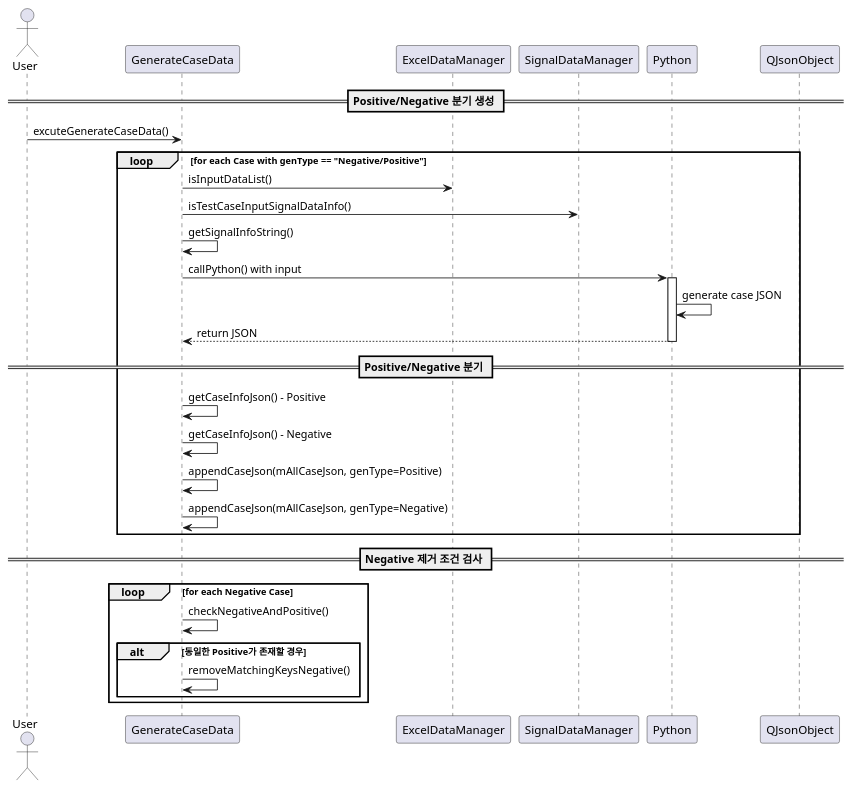
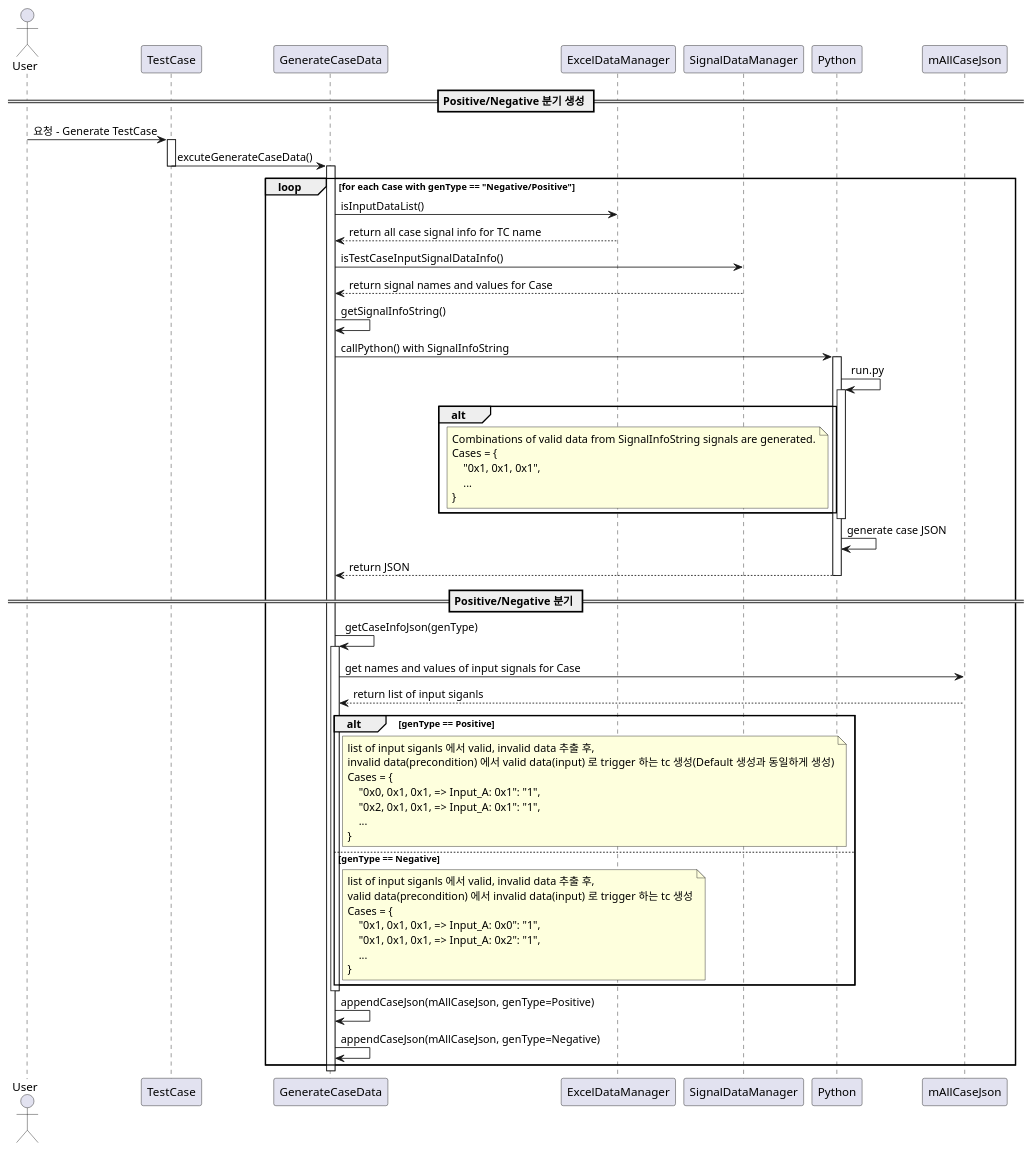
The diagram in Diagram/024_GenerateCaseData/SequenceDiagram3_PositiveNegativeCaseGeneration.plantuml (rlarudgh1997/Application), drawn with PlantUML before and after one commit. The commit also changed 13 other files, not shown here.

```diff
--- a/Diagram/024_GenerateCaseData/SequenceDiagram3_PositiveNegativeCaseGeneration.plantuml
+++ b/Diagram/024_GenerateCaseData/SequenceDiagram3_PositiveNegativeCaseGeneration.plantuml
@@ -1,45 +1,77 @@
 @startuml
 
 actor User order 10
-
+participant TestCase order 15
 participant GenerateCaseData order 20
 participant ExcelDataManager order 30
 participant SignalDataManager order 40
 participant Python order 50
-participant QJsonObject order 60
+participant "mAllCaseJson" as QJsonObject order 60
 
 == Positive/Negative 분기 생성 ==
+User -> TestCase : 요청 - Generate TestCase
 
-User -> GenerateCaseData : excuteGenerateCaseData()
-
+activate TestCase
+TestCase -> GenerateCaseData : excuteGenerateCaseData()
+deactivate TestCase
+activate GenerateCaseData
 loop for each Case with genType == "Negative/Positive"
     GenerateCaseData -> ExcelDataManager : isInputDataList()
-
+    ExcelDataManager --> GenerateCaseData : return all case signal info for TC name
     GenerateCaseData -> SignalDataManager : isTestCaseInputSignalDataInfo()
+    SignalDataManager --> GenerateCaseData : return signal names and values for Case
     GenerateCaseData -> GenerateCaseData : getSignalInfoString()
 
-    GenerateCaseData -> Python : callPython() with input
+    GenerateCaseData -> Python : callPython() with SignalInfoString
     activate Python
+    Python -> Python : run.py
+    activate Python
+    alt
+        note left of Python
+            Combinations of valid data from SignalInfoString signals are generated.
+            Cases = {
+                "0x1, 0x1, 0x1",
+                ...
+            }
+        end note
+    end
+    deactivate Python
     Python -> Python : generate case JSON
     Python --> GenerateCaseData : return JSON
     deactivate Python
 
     == Positive/Negative 분기 ==
-    GenerateCaseData -> GenerateCaseData : getCaseInfoJson() - Positive
-    GenerateCaseData -> GenerateCaseData : getCaseInfoJson() - Negative
+    GenerateCaseData -> GenerateCaseData : getCaseInfoJson(genType)
+    activate GenerateCaseData
+    GenerateCaseData -> QJsonObject : get names and values of input signals for Case
+    QJsonObject --> GenerateCaseData : return list of input siganls
+    alt genType == Positive
+        note right of GenerateCaseData
+            list of input siganls 에서 valid, invalid data 추출 후,
+            invalid data(precondition) 에서 valid data(input) 로 trigger 하는 tc 생성(Default 생성과 동일하게 생성)
+            Cases = {
+                "0x0, 0x1, 0x1, => Input_A: 0x1": "1",
+                "0x2, 0x1, 0x1, => Input_A: 0x1": "1",
+                ...
+            }
+        end note
+    else genType == Negative
+        note right of GenerateCaseData
+            list of input siganls 에서 valid, invalid data 추출 후,
+            valid data(precondition) 에서 invalid data(input) 로 trigger 하는 tc 생성
+            Cases = {
+                "0x1, 0x1, 0x1, => Input_A: 0x0": "1",
+                "0x1, 0x1, 0x1, => Input_A: 0x2": "1",
+                ...
+            }
+        end note
+    end
+    deactivate GenerateCaseData
 
     GenerateCaseData -> GenerateCaseData : appendCaseJson(mAllCaseJson, genType=Positive)
     GenerateCaseData -> GenerateCaseData : appendCaseJson(mAllCaseJson, genType=Negative)
 
 end
-
-== Negative 제거 조건 검사 ==
-
-loop for each Negative Case
-    GenerateCaseData -> GenerateCaseData : checkNegativeAndPositive()
-    alt 동일한 Positive가 존재할 경우
-        GenerateCaseData -> GenerateCaseData : removeMatchingKeysNegative()
-    end
-end
+deactivate GenerateCaseData
 
 @enduml
```
